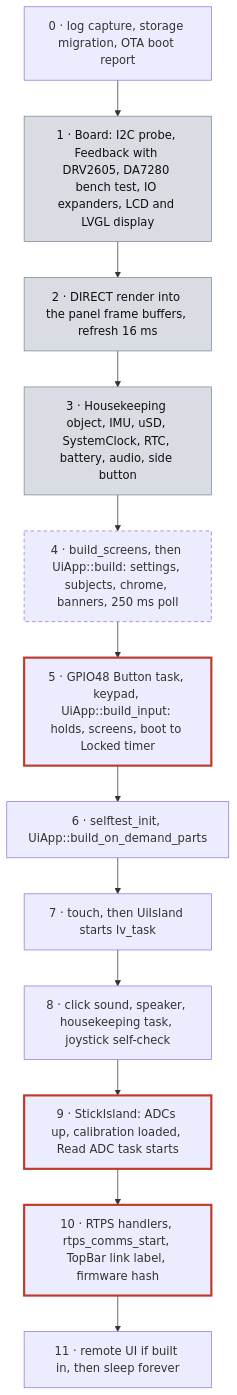
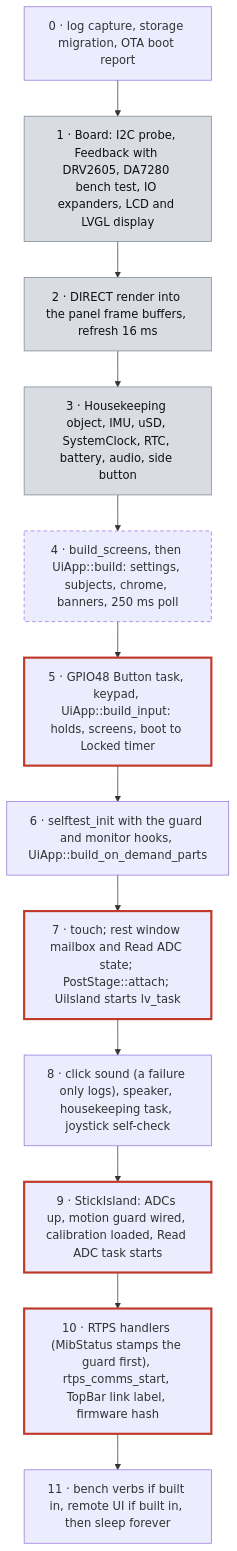
Before and after one commit to rammp-org/pace-hmi-fw: the second of 8 diagrams in docs/how-the-firmware-works.md, drawn with Mermaid. The commit also changed other lines of this file and 7 other files, not shown here.

````diff
--- a/docs/how-the-firmware-works.md
+++ b/docs/how-the-firmware-works.md
@@ -212,19 +238,19 @@
 ```mermaid
 flowchart TD
   p0["0 · log capture, storage migration, OTA boot report"]
   p1["1 · Board: I2C probe, Feedback with DRV2605, DA7280 bench test, IO expanders, LCD and LVGL display"]:::hw
   p2["2 · DIRECT render into the panel frame buffers, refresh 16 ms"]:::hw
   p3["3 · Housekeeping object, IMU, uSD, SystemClock, RTC, battery, audio, side button"]:::hw
   p4["4 · build_screens, then UiApp::build: settings, subjects, chrome, banners, 250 ms poll"]:::gen
   p5["5 · GPIO48 Button task, keypad, UiApp::build_input: holds, screens, boot to Locked timer"]:::safety
-  p6["6 · selftest_init, UiApp::build_on_demand_parts"]
-  p7["7 · touch, then UiIsland starts lv_task"]
-  p8["8 · click sound, speaker, housekeeping task, joystick self-check"]
-  p9["9 · StickIsland: ADCs up, calibration loaded, Read ADC task starts"]:::safety
-  p10["10 · RTPS handlers, rtps_comms_start, TopBar link label, firmware hash"]:::safety
-  p11["11 · remote UI if built in, then sleep forever"]
+  p6["6 · selftest_init with the guard and monitor hooks, UiApp::build_on_demand_parts"]
+  p7["7 · touch; rest window mailbox and Read ADC state; PostStage::attach; UiIsland starts lv_task"]:::safety
+  p8["8 · click sound (a failure only logs), speaker, housekeeping task, joystick self-check"]
+  p9["9 · StickIsland: ADCs up, motion guard wired, calibration loaded, Read ADC task starts"]:::safety
+  p10["10 · RTPS handlers (MibStatus stamps the guard first), rtps_comms_start, TopBar link label, firmware hash"]:::safety
+  p11["11 · bench verbs if built in, remote UI if built in, then sleep forever"]
   p0 --> p1 --> p2 --> p3 --> p4 --> p5 --> p6 --> p7 --> p8 --> p9 --> p10 --> p11
   classDef hw fill:#d9dde3,stroke:#7a8590,color:#111
   classDef safety stroke:#c0392b,stroke-width:3px
   classDef gen stroke-dasharray:5 4
 ```
````
